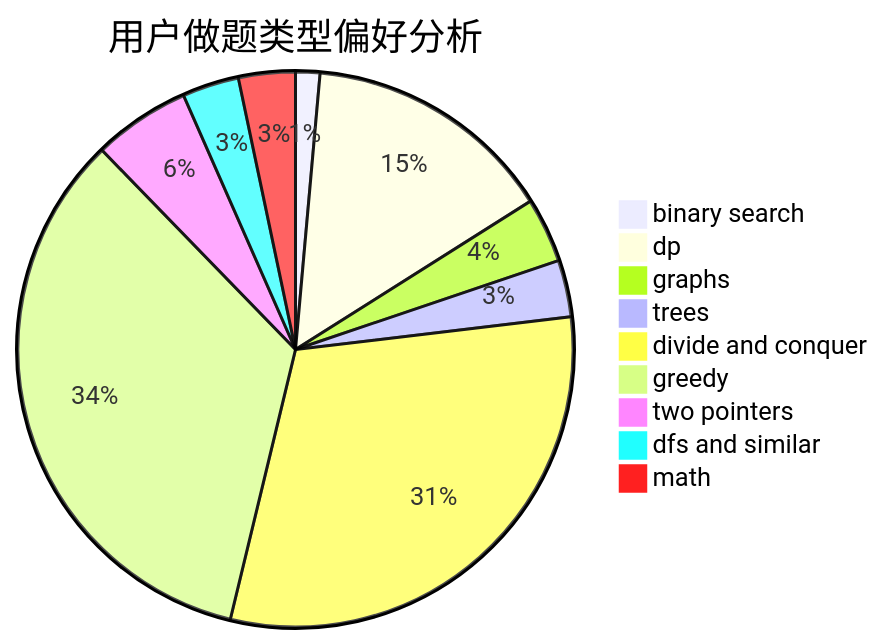
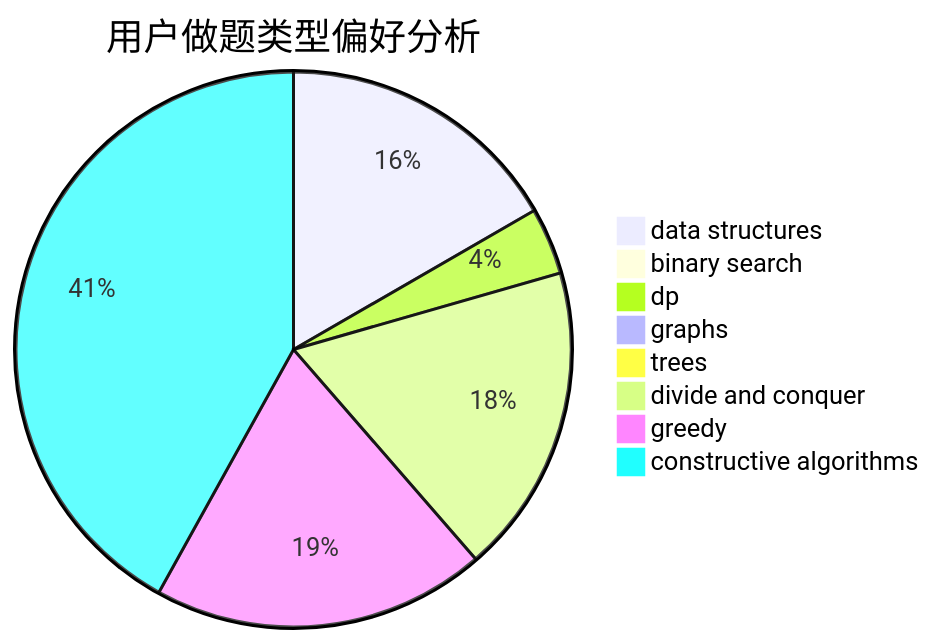
Before and after one commit to sherpahu/cfrs.github.io: the second of 3 diagrams in docs/user/u1783.md, drawn with Mermaid. The commit also changed other lines of this file and 2775 other files, not shown here.

````diff
--- a/docs/user/u1783.md
+++ b/docs/user/u1783.md
@@ -23,12 +23,11 @@
 ```mermaid
 pie title 用户做题类型偏好分析
-    "binary search" :  3
-    "dp" :  31
-    "graphs" :  8
-    "trees" :  7
+    "data structures" :  60
+    "binary search" :  1
+    "dp" :  14
+    "graphs" :  3
+    "trees" :  2
     "divide and conquer" :  65
-    "greedy" :  72
-    "two pointers" :  12
-    "dfs and similar" :  7
-    "math" :  7
+    "greedy" :  70
+    "constructive algorithms" :  151
 ```
````
